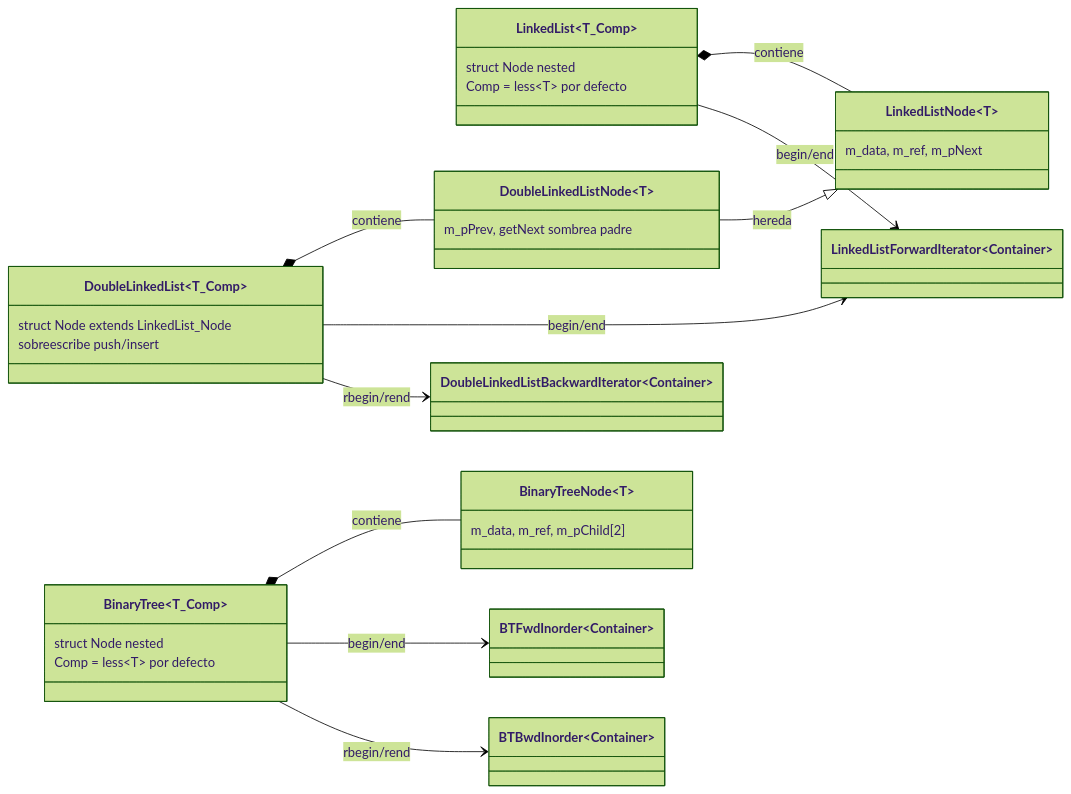
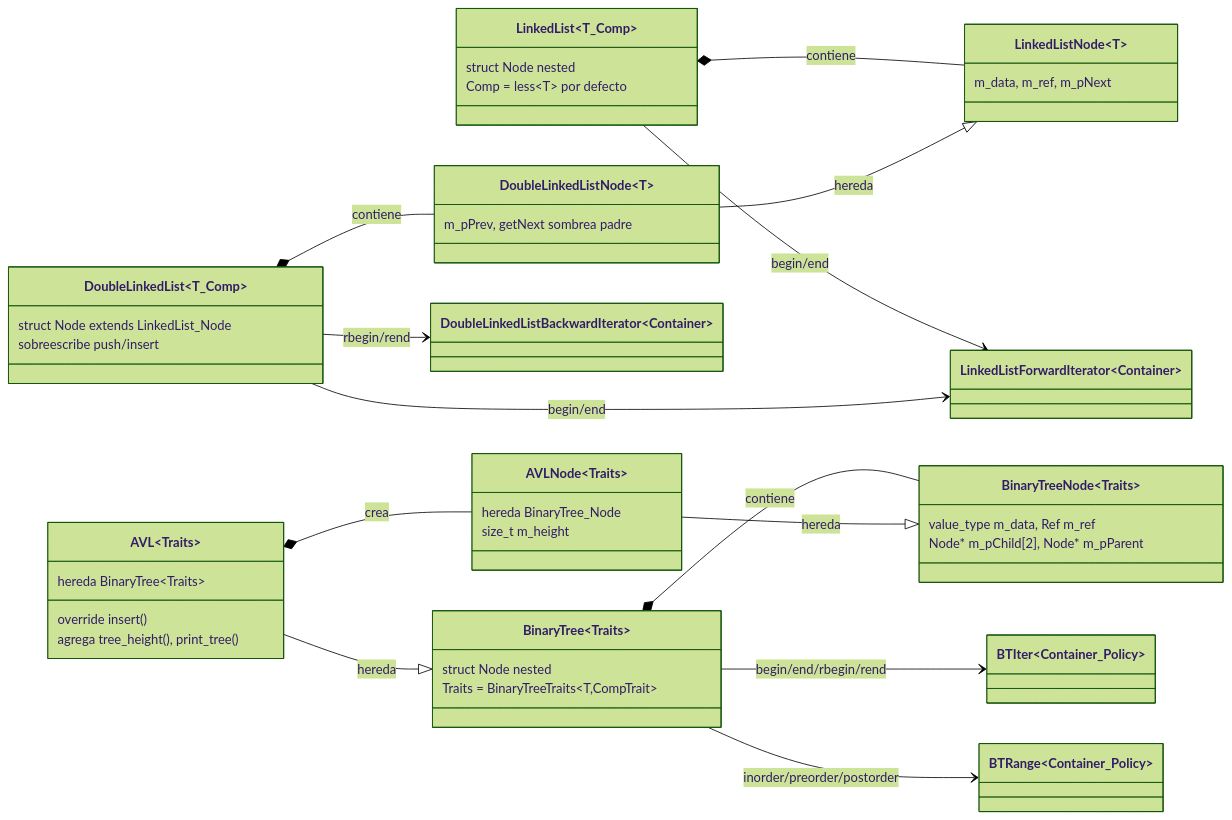
The fifth of 10 diagrams in README.md (Camilo-vinatea/2026-I-MCC001-AED), drawn with Mermaid (forest theme) before and after one commit. The commit also changed other lines of this file and 9 other files, not shown here.

````diff
--- a/README.md
+++ b/README.md
@@ -309,44 +342,59 @@
 ```mermaid
 classDiagram
     direction LR
 
     class LinkedList~T_Comp~ {
         struct Node nested
         Comp = less~T~ por defecto
     }
     class LinkedListNode~T~ {
         m_data, m_ref, m_pNext
     }
     class LinkedListForwardIterator~Container~
 
     LinkedList *-- LinkedListNode : contiene
     LinkedList --> LinkedListForwardIterator : begin/end
 
     class DoubleLinkedList~T_Comp~ {
         struct Node extends LinkedList_Node
         sobreescribe push/insert
     }
     class DoubleLinkedListNode~T~ {
         m_pPrev, getNext sombrea padre
     }
     class DoubleLinkedListBackwardIterator~Container~
 
     DoubleLinkedList *-- DoubleLinkedListNode : contiene
     DoubleLinkedListNode --|> LinkedListNode : hereda
     DoubleLinkedList --> LinkedListForwardIterator : begin/end
     DoubleLinkedList --> DoubleLinkedListBackwardIterator : rbegin/rend
 
-    class BinaryTree~T_Comp~ {
+    class BinaryTree~Traits~ {
         struct Node nested
-        Comp = less~T~ por defecto
+        Traits = BinaryTreeTraits~T,CompTrait~
     }
-    class BinaryTreeNode~T~ {
-        m_data, m_ref, m_pChild[2]
+    class BinaryTreeNode~Traits~ {
+        value_type m_data, Ref m_ref
+        Node* m_pChild[2], Node* m_pParent
     }
-    class BTFwdInorder~Container~
-    class BTBwdInorder~Container~
+    class BTIter~Container_Policy~
+    class BTRange~Container_Policy~
 
     BinaryTree *-- BinaryTreeNode : contiene
-    BinaryTree --> BTFwdInorder : begin/end
-    BinaryTree --> BTBwdInorder : rbegin/rend
+    BinaryTree --> BTIter : begin/end/rbegin/rend
+    BinaryTree --> BTRange : inorder/preorder/postorder
+
+    class AVL~Traits~ {
+        hereda BinaryTree~Traits~
+        override insert()
+        agrega tree_height(), print_tree()
+    }
+    class AVLNode~Traits~ {
+        hereda BinaryTree_Node
+        size_t m_height
+    }
+
+    AVL --|> BinaryTree : hereda
+    AVL *-- AVLNode : crea
+    AVLNode --|> BinaryTreeNode : hereda
 ```
````
